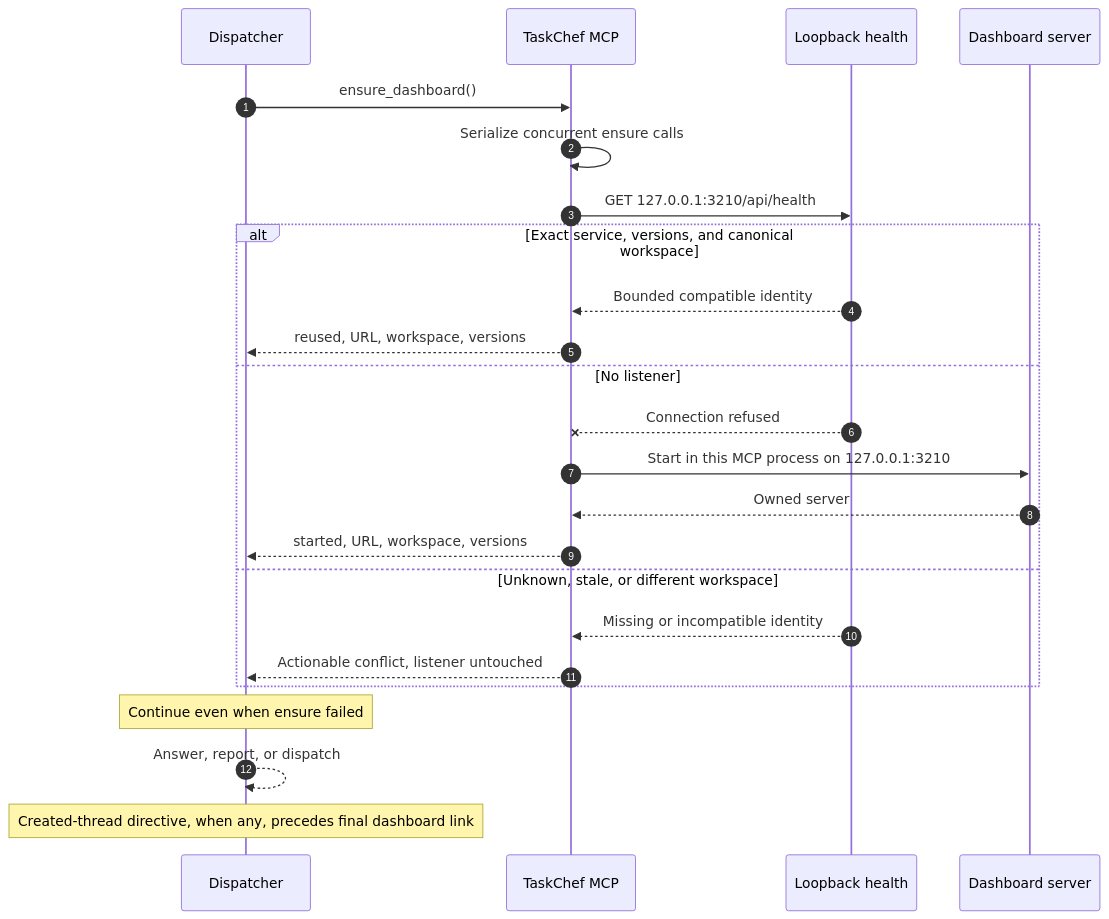
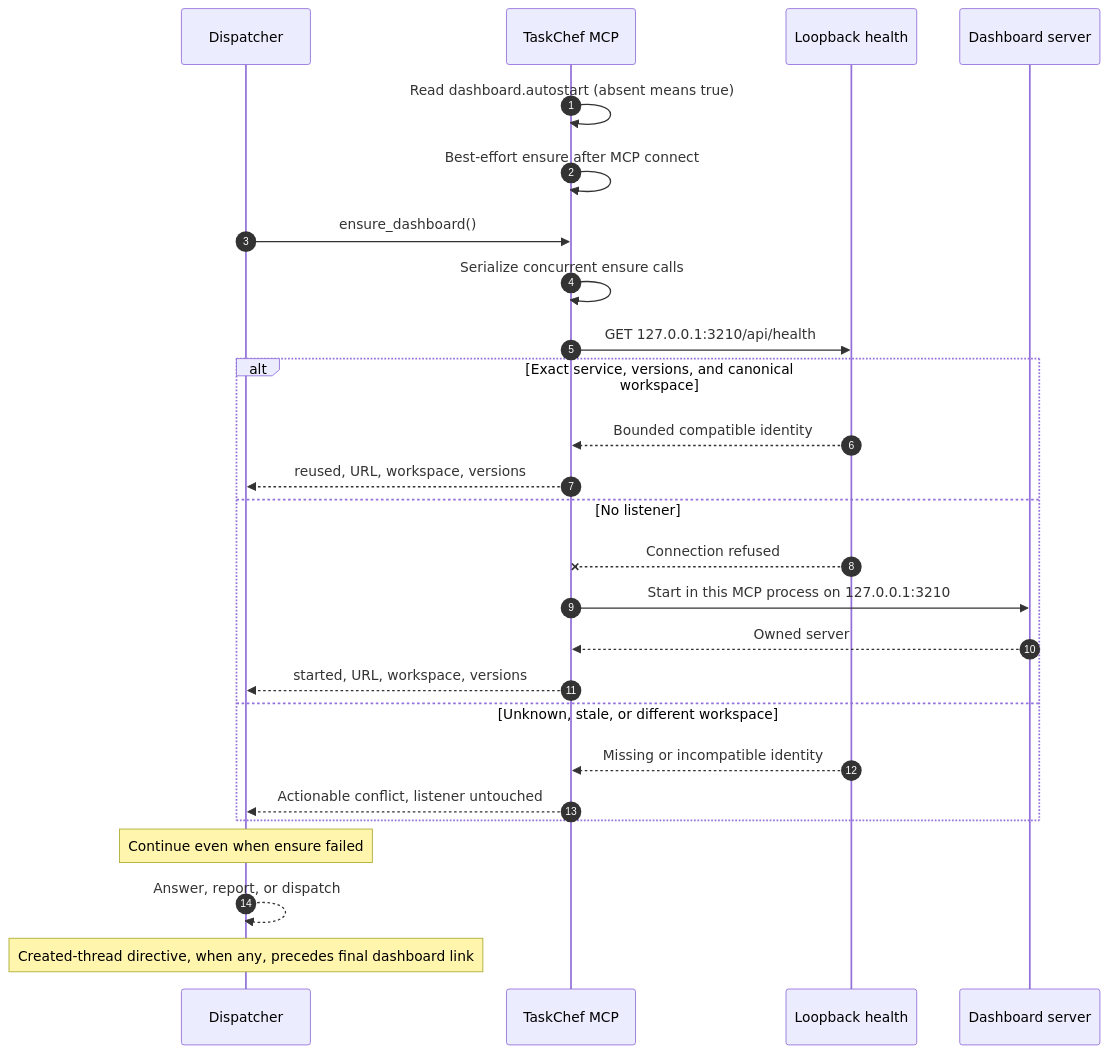
The first of 8 diagrams in docs/workflows.md (favoyang/taskchef), drawn with Mermaid before and after one commit. The commit also changed other lines of this file and 14 other files, not shown here.

Commit message:
feat: autostart TaskChef dashboard

````diff
--- a/docs/workflows.md
+++ b/docs/workflows.md
@@ -34,26 +35,28 @@
 ```mermaid
 sequenceDiagram
   autonumber
   participant D as Dispatcher
   participant M as TaskChef MCP
   participant H as Loopback health
   participant S as Dashboard server
+  M->>M: Read dashboard.autostart (absent means true)
+  M->>M: Best-effort ensure after MCP connect
   D->>M: ensure_dashboard()
   M->>M: Serialize concurrent ensure calls
   M->>H: GET 127.0.0.1:3210/api/health
   alt Exact service, versions, and canonical workspace
     H-->>M: Bounded compatible identity
     M-->>D: reused, URL, workspace, versions
   else No listener
     H--xM: Connection refused
     M->>S: Start in this MCP process on 127.0.0.1:3210
     S-->>M: Owned server
     M-->>D: started, URL, workspace, versions
   else Unknown, stale, or different workspace
     H-->>M: Missing or incompatible identity
     M-->>D: Actionable conflict, listener untouched
   end
   Note over D: Continue even when ensure failed
   D-->>D: Answer, report, or dispatch
   Note over D: Created-thread directive, when any, precedes final dashboard link
 ```
````
